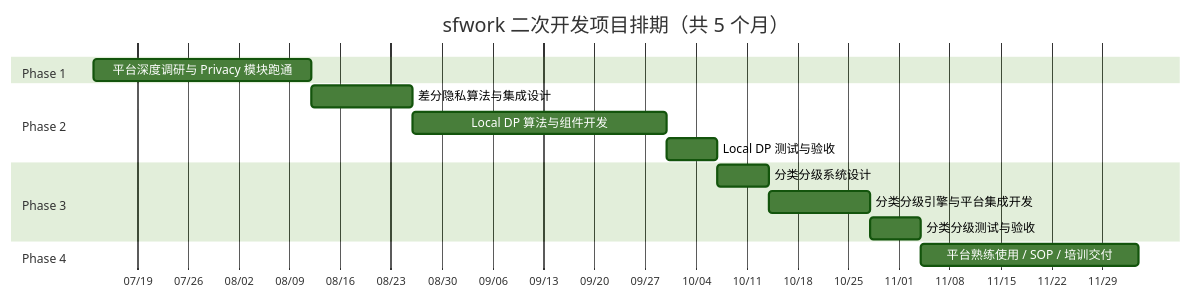
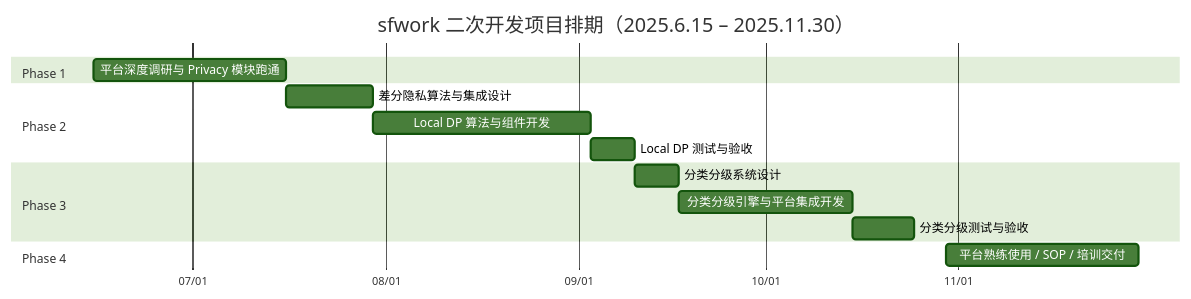
One commit to fengzhizi319/sfwork changed the second of 11 diagrams in docs/二次开发项目计划.md. Above: the diagram before and after it, drawn with Mermaid (forest theme). The commit also changed other lines of this file, not shown here.

````diff
--- a/docs/二次开发项目计划.md
+++ b/docs/二次开发项目计划.md
@@ -76,22 +76,22 @@
 ```mermaid
 gantt
-    title sfwork 二次开发项目排期（共 5 个月）
+    title sfwork 二次开发项目排期（2025.6.15 – 2025.11.30）
     dateFormat  YYYY-MM-DD
     axisFormat  %m/%d
 
     section Phase 1
-    平台深度调研与 Privacy 模块跑通    :p1, 2026-07-13, 30d
+    平台深度调研与 Privacy 模块跑通    :p1, 2025-06-15, 31d
 
     section Phase 2
     差分隐私算法与集成设计              :p2d, after p1, 14d
     Local DP 算法与组件开发             :p2dev, after p2d, 35d
     Local DP 测试与验收                 :p2t, after p2dev, 7d
 
     section Phase 3
     分类分级系统设计                    :p3d, after p2t, 7d
-    分类分级引擎与平台集成开发          :p3dev, after p3d, 14d
-    分类分级测试与验收                  :p3t, after p3dev, 7d
+    分类分级引擎与平台集成开发          :p3dev, after p3d, 28d
+    分类分级测试与验收                  :p3t, after p3dev, 10d
 
     section Phase 4
-    平台熟练使用 / SOP / 培训交付       :p4, after p3t, 30d
+    平台熟练使用 / SOP / 培训交付       :p4, 2025-10-30, 31d
 ```
````
